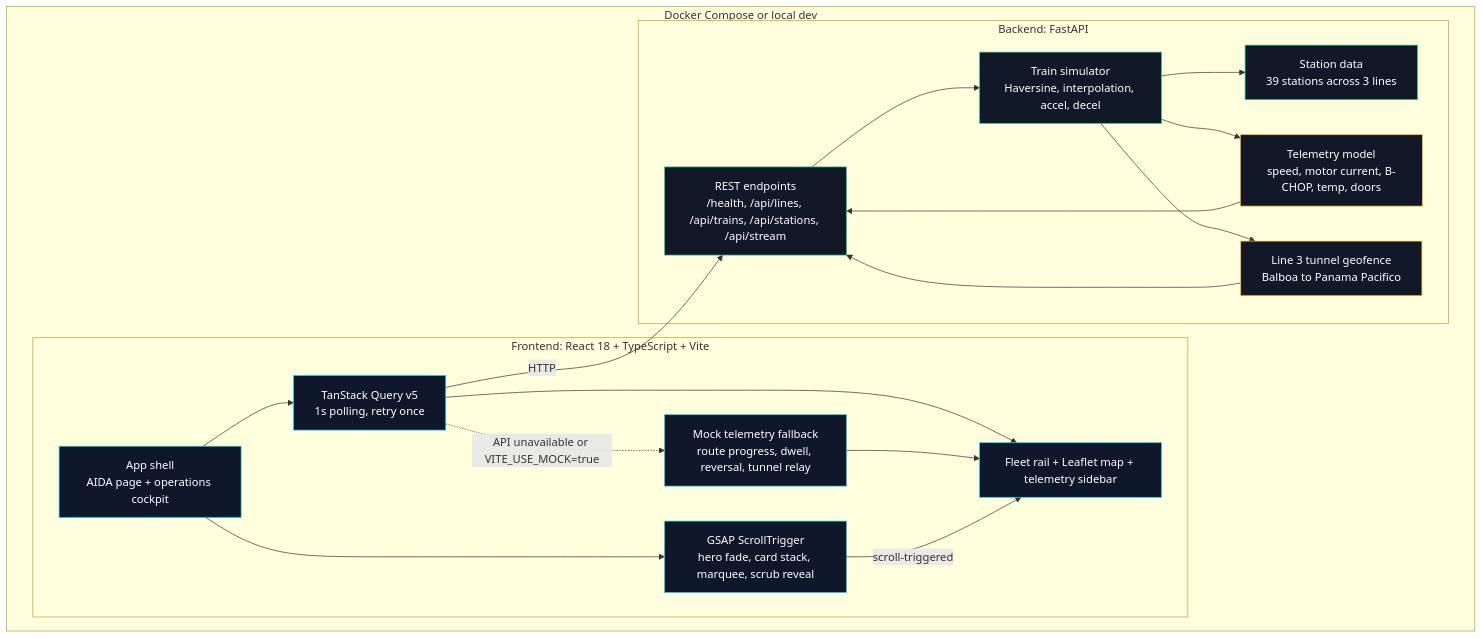
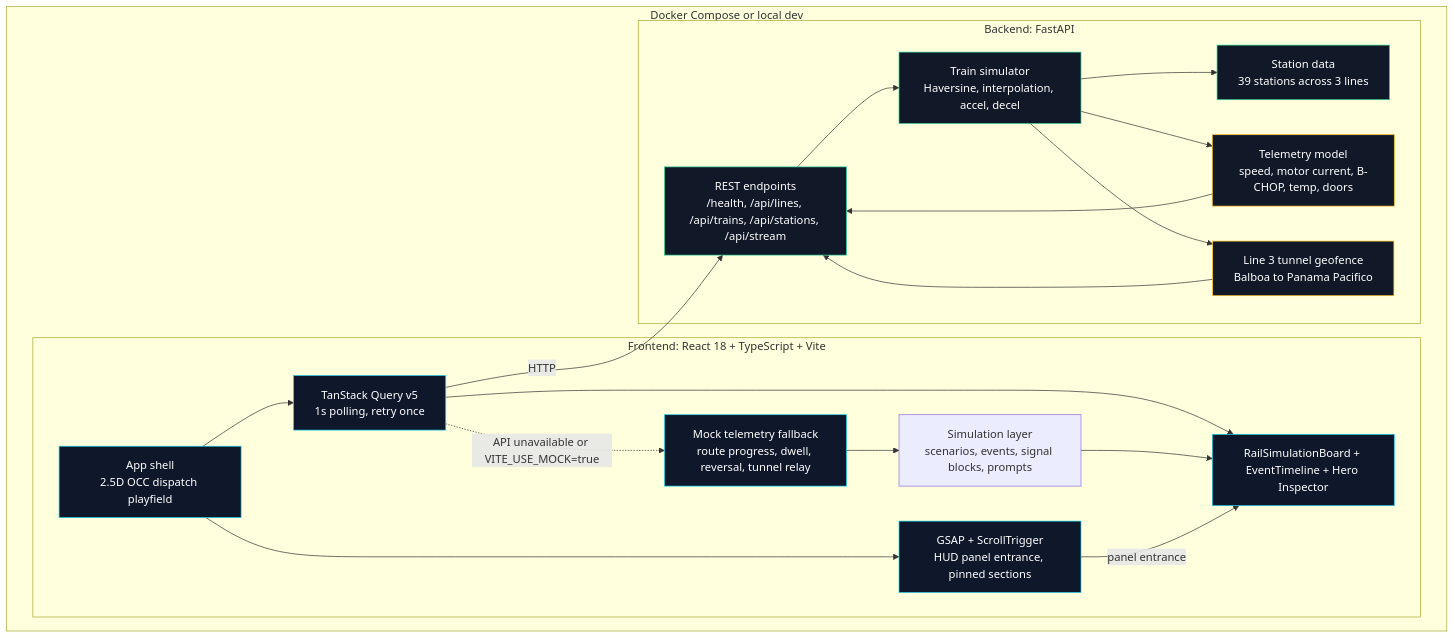
The first of 6 diagrams in hmax-lite/docs/architecture.md (AngelP17/rail), drawn with Mermaid before and after one commit. The commit also changed other lines of this file and 39 other files, not shown here.

````diff
--- a/hmax-lite/docs/architecture.md
+++ b/hmax-lite/docs/architecture.md
@@ -9,41 +9,43 @@
 ```mermaid
 flowchart TB
     subgraph Runtime["Docker Compose or local dev"]
         subgraph Frontend["Frontend: React 18 + TypeScript + Vite"]
-            App["App shell\nAIDA page + operations cockpit"]
+            App["App shell\n2.5D OCC dispatch playfield"]
             Query["TanStack Query v5\n1s polling, retry once"]
             Mock["Mock telemetry fallback\nroute progress, dwell, reversal, tunnel relay"]
-            GSAP["GSAP ScrollTrigger\nhero fade, card stack, marquee, scrub reveal"]
-            UI["Fleet rail + Leaflet map + telemetry sidebar"]
+            Sim["Simulation layer\nscenarios, events, signal blocks, prompts"]
+            GSAP["GSAP + ScrollTrigger\nHUD panel entrance, pinned sections"]
+            UI["RailSimulationBoard + EventTimeline + Hero Inspector"]
         end
 
         subgraph Backend["Backend: FastAPI"]
             API["REST endpoints\n/health, /api/lines, /api/trains, /api/stations, /api/stream"]
             Engine["Train simulator\nHaversine, interpolation, accel, decel"]
             Telemetry["Telemetry model\nspeed, motor current, B-CHOP, temp, doors"]
             Geofence["Line 3 tunnel geofence\nBalboa to Panama Pacifico"]
             Stations["Station data\n39 stations across 3 lines"]
         end
     end
 
     App --> Query --> UI
     Query -->|"HTTP"| API
     Query -.->|"API unavailable or VITE_USE_MOCK=true"| Mock
-    Mock --> UI
+    Mock --> Sim
+    Sim --> UI
     App --> GSAP
-    GSAP -->|"scroll-triggered"| UI
+    GSAP -->|"panel entrance"| UI
     API --> Engine
     Engine --> Stations
     Engine --> Telemetry
     Engine --> Geofence
     Telemetry --> API
     Geofence --> API
 
     classDef shell fill:#0f172a,stroke:#22d3ee,color:#fff
     classDef service fill:#111827,stroke:#34d399,color:#fff
     classDef signal fill:#111827,stroke:#fbbf24,color:#fff
     classDef motion fill:#111827,stroke:#d7ff5f,color:#fff
     class App,Query,UI,Mock,GSAP shell
     class API,Engine,Stations service
     class Telemetry,Geofence signal
 ```
````
